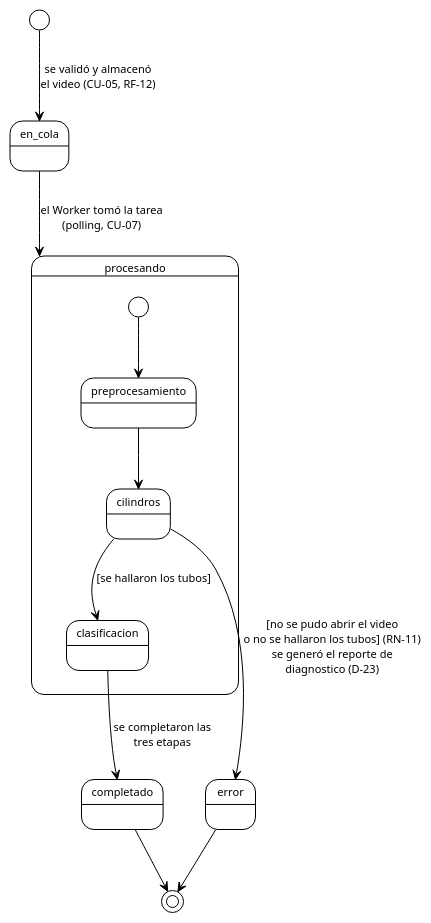
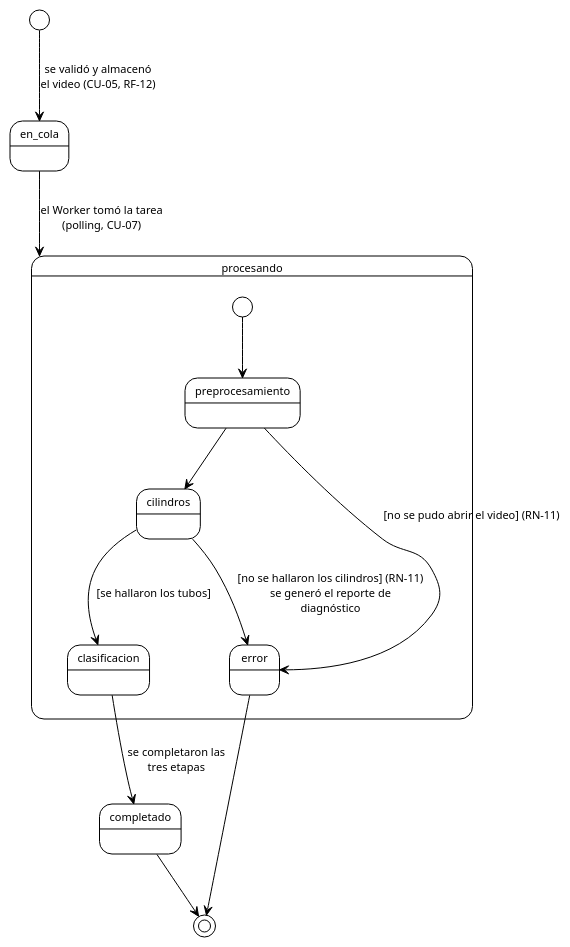
Before and after one commit to ErickJester/fst-ai-system-latex: the diagram in diagramas/estados_analisis.puml, drawn with PlantUML. The commit also changed 12 other files, not shown here.

```diff
--- a/diagramas/estados_analisis.puml
+++ b/diagramas/estados_analisis.puml
@@ -1,22 +1,23 @@
 @startuml estados_analisis
 !theme plain
 skinparam defaultFontName Arial
 skinparam defaultFontSize 11
 skinparam shadowing false
 
 [*] --> en_cola : se validó y almacenó\nel video (CU-05, RF-12)
 
 state procesando {
   [*] --> preprocesamiento
   preprocesamiento --> cilindros
+  preprocesamiento --> error : [no se pudo abrir el video] (RN-11)
   cilindros --> clasificacion : [se hallaron los tubos]
 }
 
 en_cola --> procesando : el Worker tomó la tarea\n(polling, CU-07)
-cilindros --> error : [no se pudo abrir el video\no no se hallaron los tubos] (RN-11)\nse generó el reporte de\ndiagnostico (D-23)
+cilindros --> error : [no se hallaron los cilindros] (RN-11)\nse generó el reporte de\ndiagnóstico
 clasificacion --> completado : se completaron las\ntres etapas
 
 completado --> [*]
 error --> [*]
 
 @enduml
```
